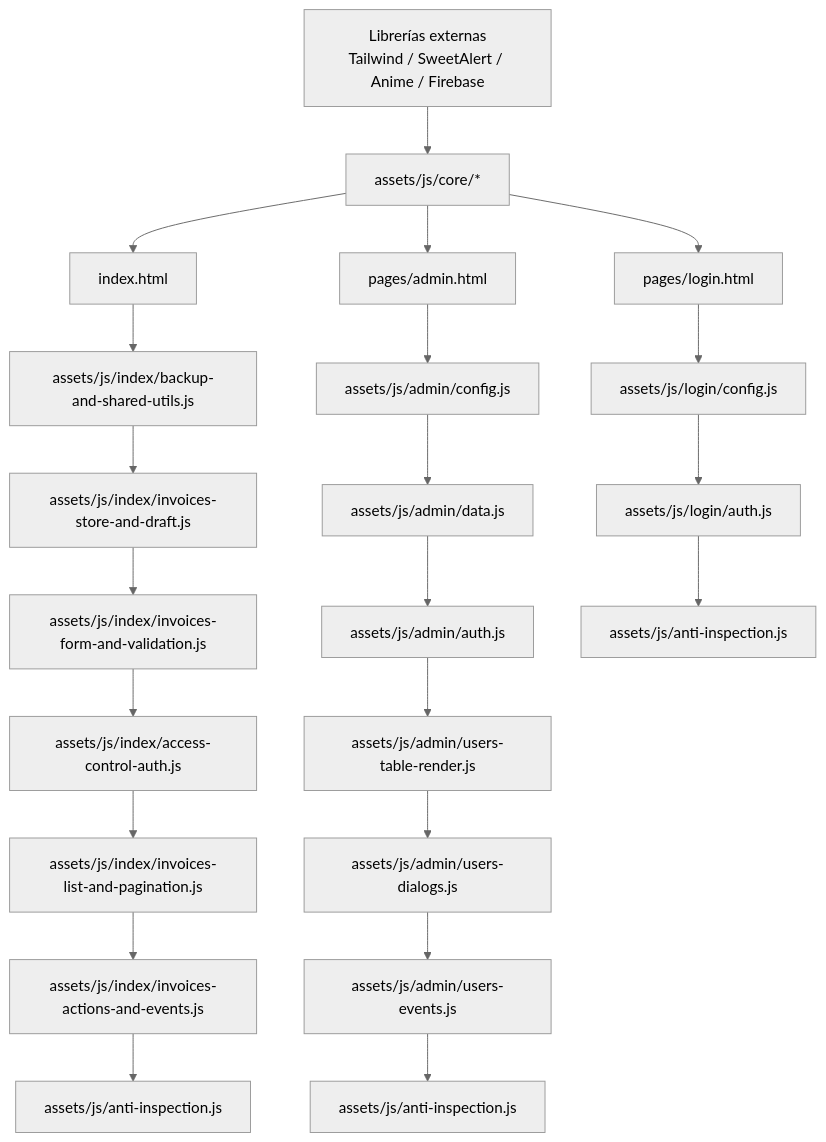
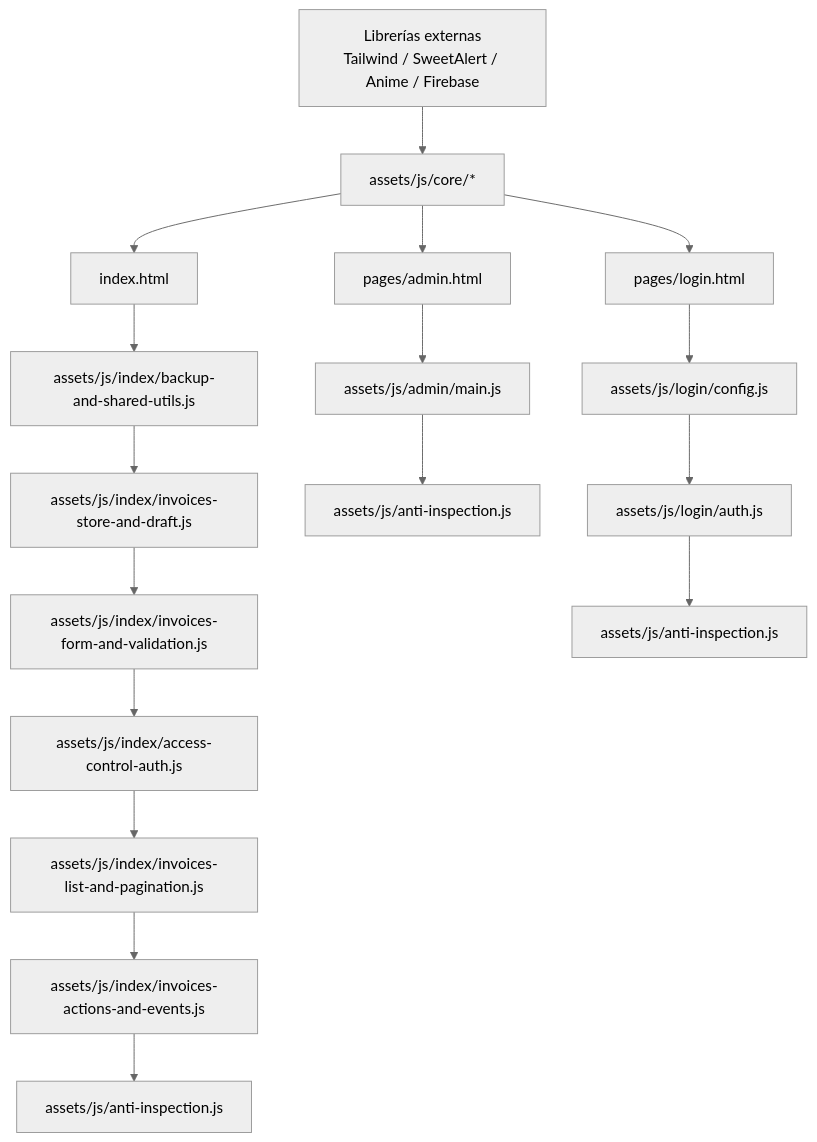
Before and after one commit to JSTEx/sistema-facturacion-electronica: the diagram in README.md, drawn with Mermaid (neutral theme). The commit also changed other lines of this file and 9 other files, not shown here.

Commit message:
fix(admin): estabiliza panel con main.js único y limpia módulos legacy

````diff
--- a/README.md
+++ b/README.md
@@ -94,27 +89,22 @@
 ```mermaid
 flowchart TD
     A[Librerías externas<br/>Tailwind / SweetAlert / Anime / Firebase] --> B[assets/js/core/*]
 
     B --> C[index.html]
     C --> C1[assets/js/index/backup-and-shared-utils.js]
     C1 --> C2[assets/js/index/invoices-store-and-draft.js]
     C2 --> C3[assets/js/index/invoices-form-and-validation.js]
     C3 --> C4[assets/js/index/access-control-auth.js]
     C4 --> C5[assets/js/index/invoices-list-and-pagination.js]
     C5 --> C6[assets/js/index/invoices-actions-and-events.js]
     C6 --> Z1[assets/js/anti-inspection.js]
 
     B --> D[pages/admin.html]
-    D --> D1[assets/js/admin/config.js]
-    D1 --> D2[assets/js/admin/data.js]
-    D2 --> D3[assets/js/admin/auth.js]
-    D3 --> D4[assets/js/admin/users-table-render.js]
-    D4 --> D5[assets/js/admin/users-dialogs.js]
-    D5 --> D6[assets/js/admin/users-events.js]
-    D6 --> Z2[assets/js/anti-inspection.js]
+    D --> D1[assets/js/admin/main.js]
+    D1 --> Z2[assets/js/anti-inspection.js]
 
     B --> E[pages/login.html]
     E --> E1[assets/js/login/config.js]
     E1 --> E2[assets/js/login/auth.js]
     E2 --> Z3[assets/js/anti-inspection.js]
 ```
````
